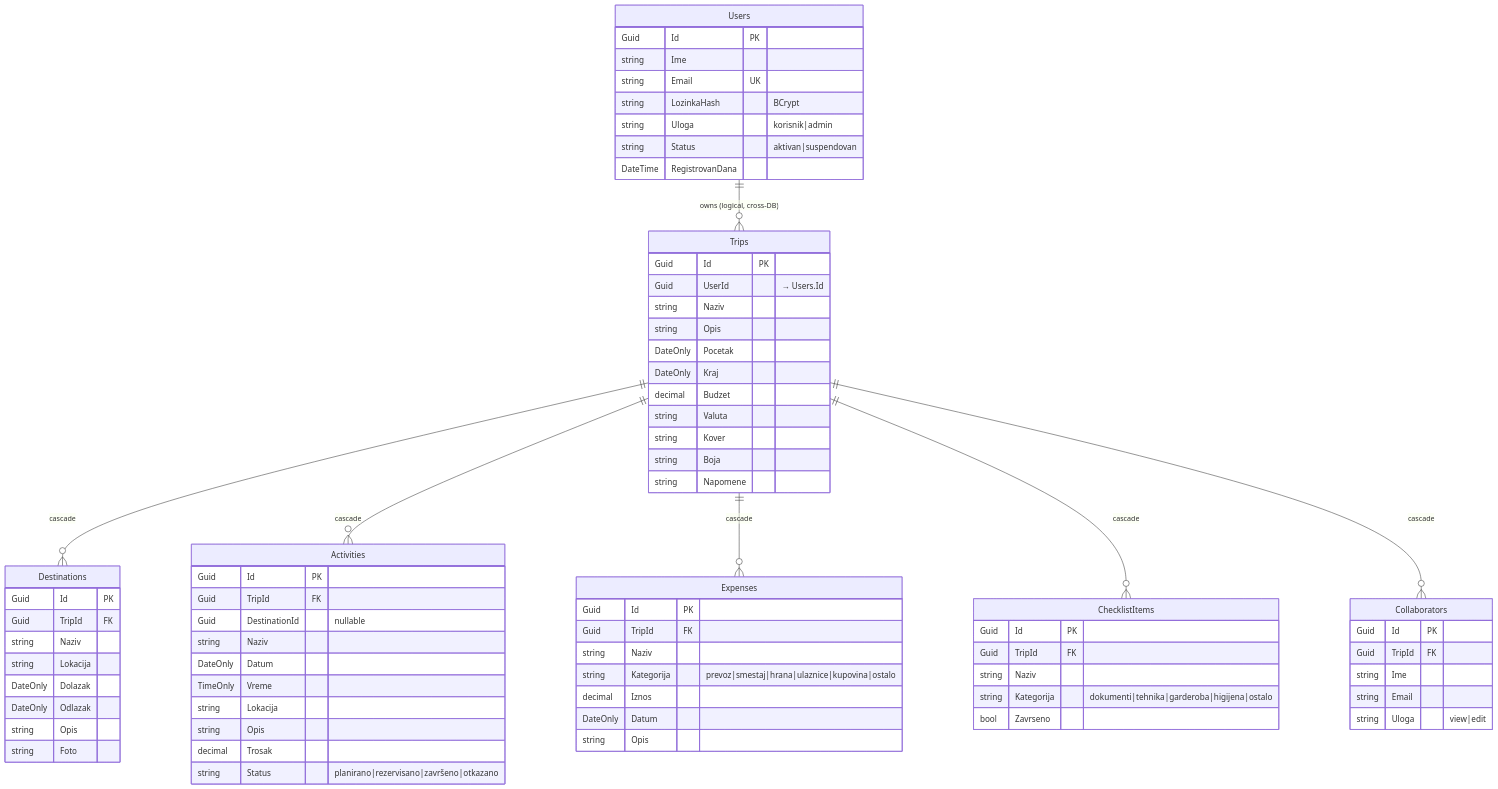
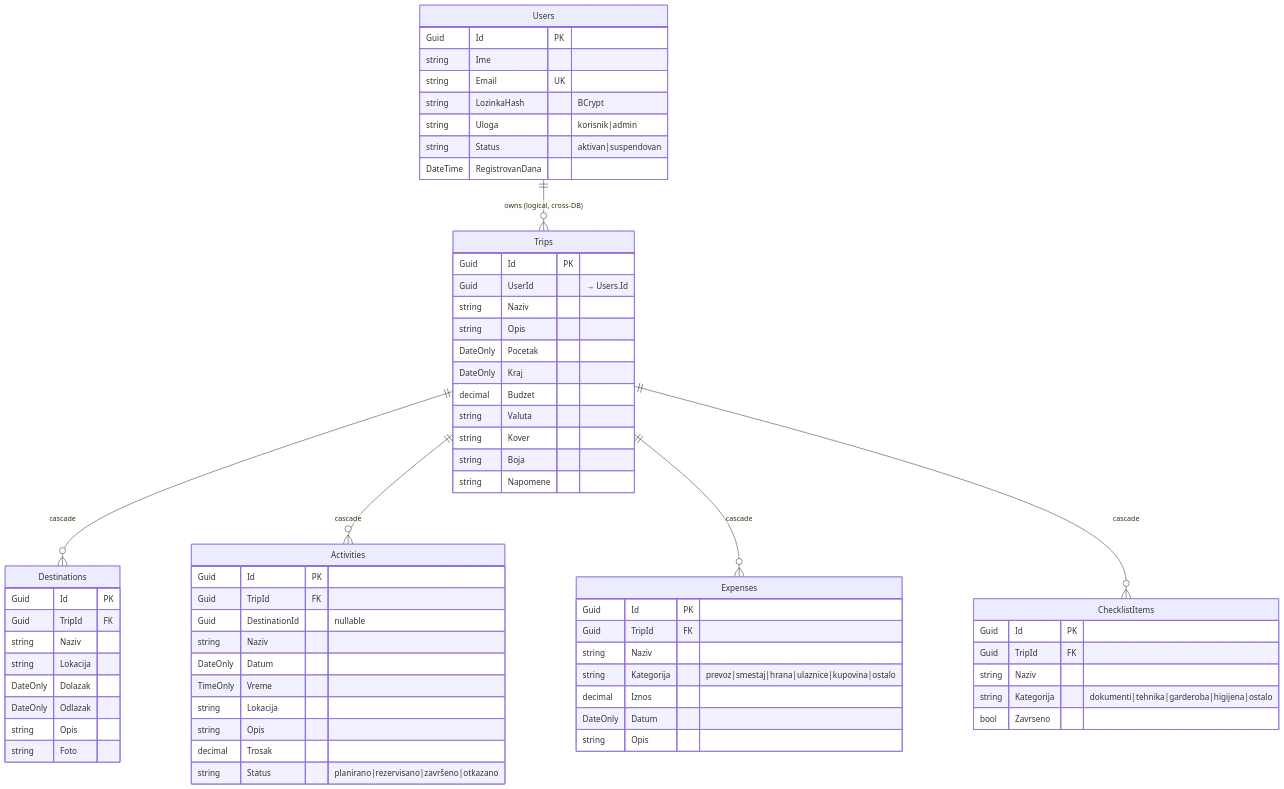
Before and after one commit to obrentanasic/TripPlaning: the fourth of 4 diagrams in docs/architecture.md, drawn with Mermaid. The commit also changed other lines of this file and 28 other files, not shown here.

````diff
--- a/docs/architecture.md
+++ b/docs/architecture.md
@@ -118,77 +118,69 @@
 ```mermaid
 erDiagram
     Users ||--o{ Trips : "owns (logical, cross-DB)"
     Trips ||--o{ Destinations : "cascade"
     Trips ||--o{ Activities : "cascade"
     Trips ||--o{ Expenses : "cascade"
     Trips ||--o{ ChecklistItems : "cascade"
-    Trips ||--o{ Collaborators : "cascade"
 
     Users {
         Guid Id PK
         string Ime
         string Email UK
         string LozinkaHash "BCrypt"
         string Uloga "korisnik|admin"
         string Status "aktivan|suspendovan"
         DateTime RegistrovanDana
     }
     Trips {
         Guid Id PK
         Guid UserId "→ Users.Id"
         string Naziv
         string Opis
         DateOnly Pocetak
         DateOnly Kraj
         decimal Budzet
         string Valuta
         string Kover
         string Boja
         string Napomene
     }
     Destinations {
         Guid Id PK
         Guid TripId FK
         string Naziv
         string Lokacija
         DateOnly Dolazak
         DateOnly Odlazak
         string Opis
         string Foto
     }
     Activities {
         Guid Id PK
         Guid TripId FK
         Guid DestinationId "nullable"
         string Naziv
         DateOnly Datum
         TimeOnly Vreme
         string Lokacija
         string Opis
         decimal Trosak
         string Status "planirano|rezervisano|završeno|otkazano"
     }
     Expenses {
         Guid Id PK
         Guid TripId FK
         string Naziv
         string Kategorija "prevoz|smestaj|hrana|ulaznice|kupovina|ostalo"
         decimal Iznos
         DateOnly Datum
         string Opis
     }
     ChecklistItems {
         Guid Id PK
         Guid TripId FK
         string Naziv
         string Kategorija "dokumenti|tehnika|garderoba|higijena|ostalo"
         bool Zavrseno
     }
-    Collaborators {
-        Guid Id PK
-        Guid TripId FK
-        string Ime
-        string Email
-        string Uloga "view|edit"
-    }
 ```
````
